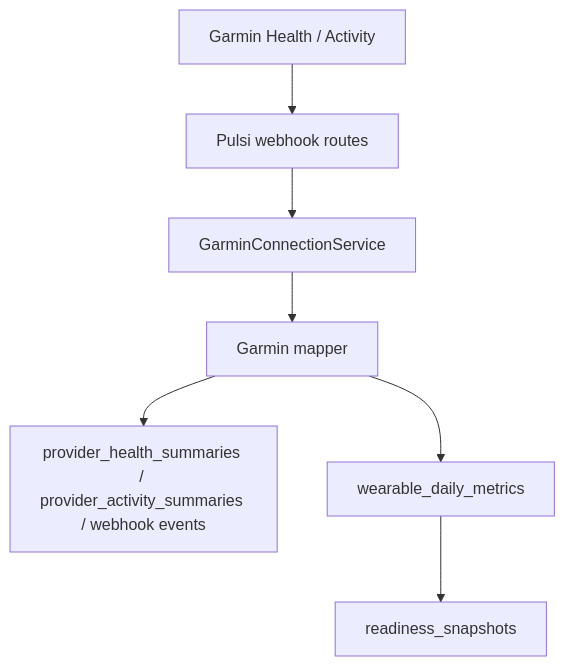
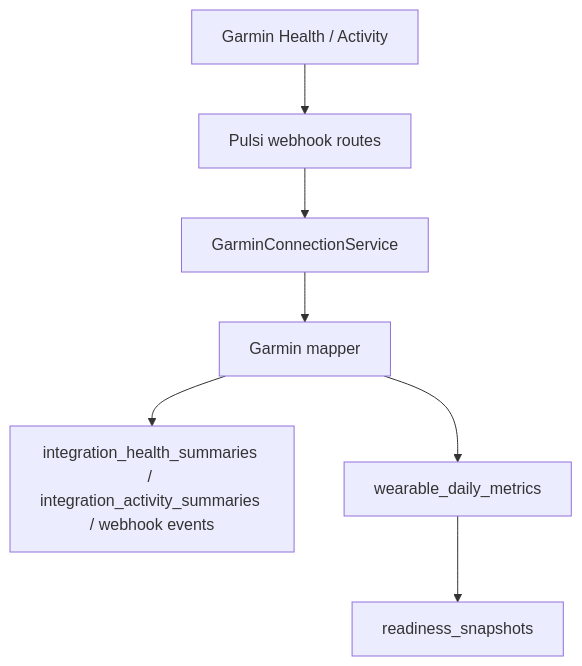
Before and after one commit to eademi/pulsi: the eighth of 13 diagrams in docs/SYSTEM_DIAGRAMS.md, drawn with Mermaid. The commit also changed other lines of this file and 21 other files, not shown here.

````diff
--- a/docs/SYSTEM_DIAGRAMS.md
+++ b/docs/SYSTEM_DIAGRAMS.md
@@ -155,17 +155,17 @@
 ```mermaid
 flowchart TD
   Garmin["Garmin Health / Activity"]
   Webhook["Pulsi webhook routes"]
   ConnectionService["GarminConnectionService"]
   Mapper["Garmin mapper"]
-  RawStore["provider_health_summaries / provider_activity_summaries / webhook events"]
+  RawStore["integration_health_summaries / integration_activity_summaries / webhook events"]
   Normalized["wearable_daily_metrics"]
   Readiness["readiness_snapshots"]
 
   Garmin --> Webhook
   Webhook --> ConnectionService
   ConnectionService --> Mapper
   Mapper --> RawStore
   Mapper --> Normalized
   Normalized --> Readiness
 ```
````
